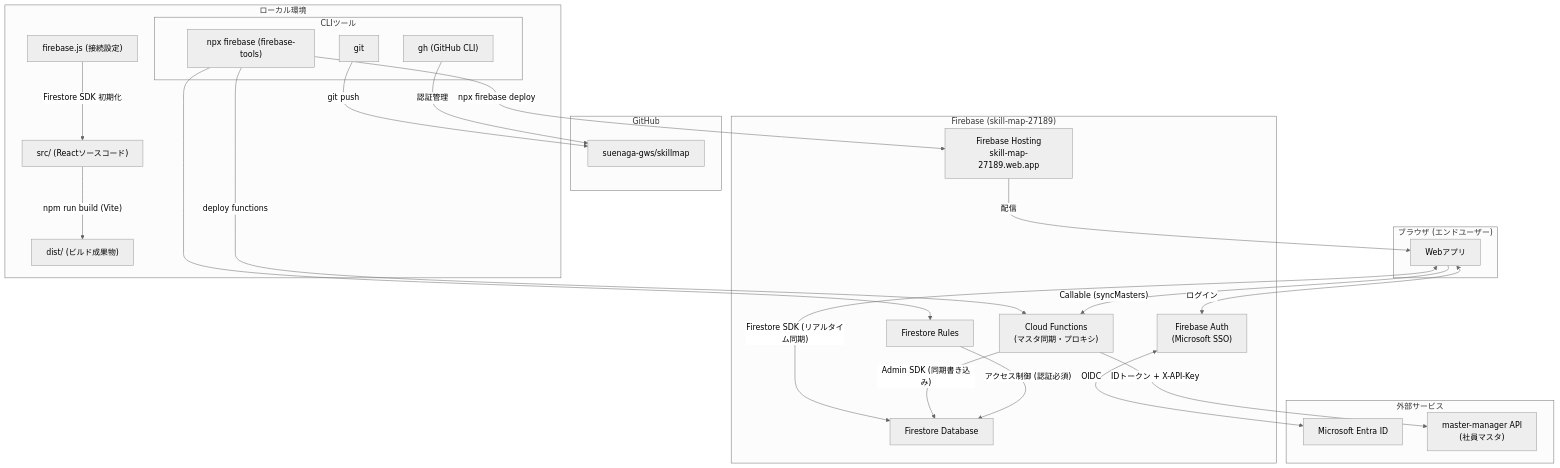
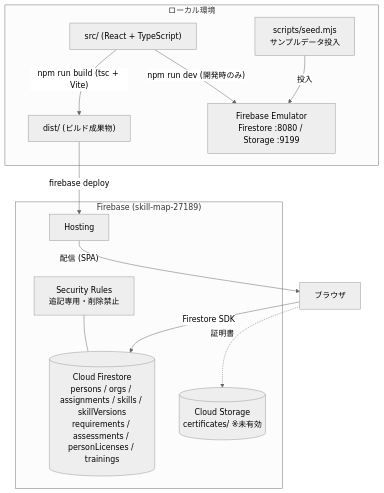
Before and after one commit to nishidaseibaku/skillmap: the first of 2 diagrams in README.md, drawn with Mermaid (neutral theme). The commit also changed other lines of this file and 60 other files, not shown here.

````diff
--- a/README.md
+++ b/README.md
@@ -47,54 +46,25 @@
 ```mermaid
 graph TB
     subgraph LOCAL["ローカル環境"]
-        SRC["src/ (Reactソースコード)"]
+        SRC["src/ (React + TypeScript)"]
         DIST["dist/ (ビルド成果物)"]
-        FBJS["firebase.js (接続設定)"]
-
-        SRC -->|"npm run build (Vite)"| DIST
-        FBJS -->|"Firestore SDK 初期化"| SRC
-
-        subgraph TOOLS["CLIツール"]
-            GIT["git"]
-            GH["gh (GitHub CLI)"]
-            FB["npx firebase (firebase-tools)"]
-        end
-    end
-
-    subgraph GITHUB["GitHub"]
-        REPO["suenaga-gws/skillmap"]
+        EMU["Firebase Emulator<br/>Firestore :8080 / Storage :9199"]
+        SEED["scripts/seed.mjs<br/>サンプルデータ投入"]
+        SRC -->|"npm run build (tsc + Vite)"| DIST
+        SEED -->|"投入"| EMU
+        SRC -->|"npm run dev (開発時のみ)"| EMU
     end
 
     subgraph FIREBASE["Firebase (skill-map-27189)"]
-        HOSTING["Firebase Hosting\nskill-map-27189.web.app"]
-        FS["Firestore Database"]
-        FBRULES["Firestore Rules"]
-        AUTH["Firebase Auth\n(Microsoft SSO)"]
-        FUNC["Cloud Functions\n(マスタ同期・プロキシ)"]
+        HOST["Hosting"]
+        FS[("Cloud Firestore<br/>persons / orgs / assignments / skills / skillVersions<br/>requirements / assessments / personLicenses / trainings")]
+        ST[("Cloud Storage<br/>certificates/ ※未有効")]
+        RULES["Security Rules<br/>追記専用・削除禁止"]
     end
 
-    subgraph EXTERNAL["外部サービス"]
-        ENTRA["Microsoft Entra ID"]
-        MM["master-manager API\n(社員マスタ)"]
-    end
-
-    subgraph BROWSER["ブラウザ (エンドユーザー)"]
-        APP["Webアプリ"]
-    end
-
-    GIT -->|"git push"| REPO
-    GH -->|"認証管理"| REPO
-
-    FB -->|"npx firebase deploy"| HOSTING
-    FB --> FBRULES
-    FB -->|"deploy functions"| FUNC
-
-    HOSTING -->|"配信"| APP
-    APP <-->|"Firestore SDK (リアルタイム同期)"| FS
-    APP <-->|"ログイン"| AUTH
-    AUTH <-->|"OIDC"| ENTRA
-    APP -->|"Callable (syncMasters)"| FUNC
-    FUNC -->|"IDトークン + X-API-Key"| MM
-    FUNC -->|"Admin SDK (同期書き込み)"| FS
-    FBRULES -->|"アクセス制御 (認証必須)"| FS
+    DIST -->|"firebase deploy"| HOST
+    HOST -->|"配信 (SPA)"| BROWSER["ブラウザ"]
+    BROWSER -->|"Firestore SDK"| FS
+    BROWSER -.->|"証明書"| ST
+    RULES --- FS
 ```
````
